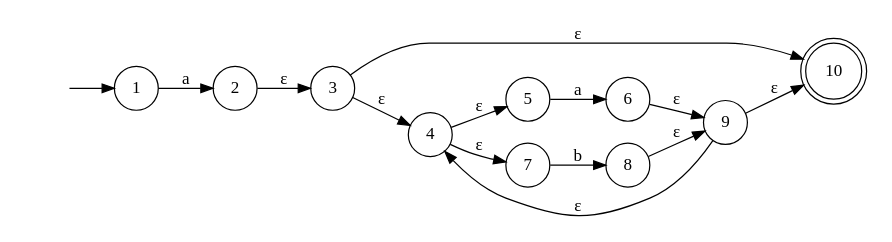
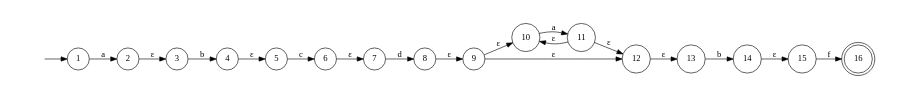
The diagram in nfa.gv (liangzihong/RegExpEngine), drawn with Graphviz before and after one commit. The commit also changed 8 other files, not shown here.

```diff
--- a/nfa.gv
+++ b/nfa.gv
@@ -1,21 +1,26 @@
 digraph nfa {
 	rankdir=LR size=4.5
 	node [shape=doublecircle]
-	10
+	16
 	node [shape=circle]
 	1 -> 2 [label=a]
 	2 -> 3 [label="ε"]
-	3 -> 4 [label="ε"]
-	3 -> 10 [label="ε"]
+	3 -> 4 [label=b]
 	4 -> 5 [label="ε"]
-	4 -> 7 [label="ε"]
-	5 -> 6 [label=a]
-	6 -> 9 [label="ε"]
-	7 -> 8 [label=b]
+	5 -> 6 [label=c]
+	6 -> 7 [label="ε"]
+	7 -> 8 [label=d]
 	8 -> 9 [label="ε"]
-	9 -> 4 [label="ε"]
 	9 -> 10 [label="ε"]
+	9 -> 12 [label="ε"]
+	10 -> 11 [label=a]
+	11 -> 10 [label="ε"]
+	11 -> 12 [label="ε"]
+	12 -> 13 [label="ε"]
+	13 -> 14 [label=b]
+	14 -> 15 [label="ε"]
+	15 -> 16 [label=f]
 	node [style=invis]
 	0
 	0 -> 1
 }
```
